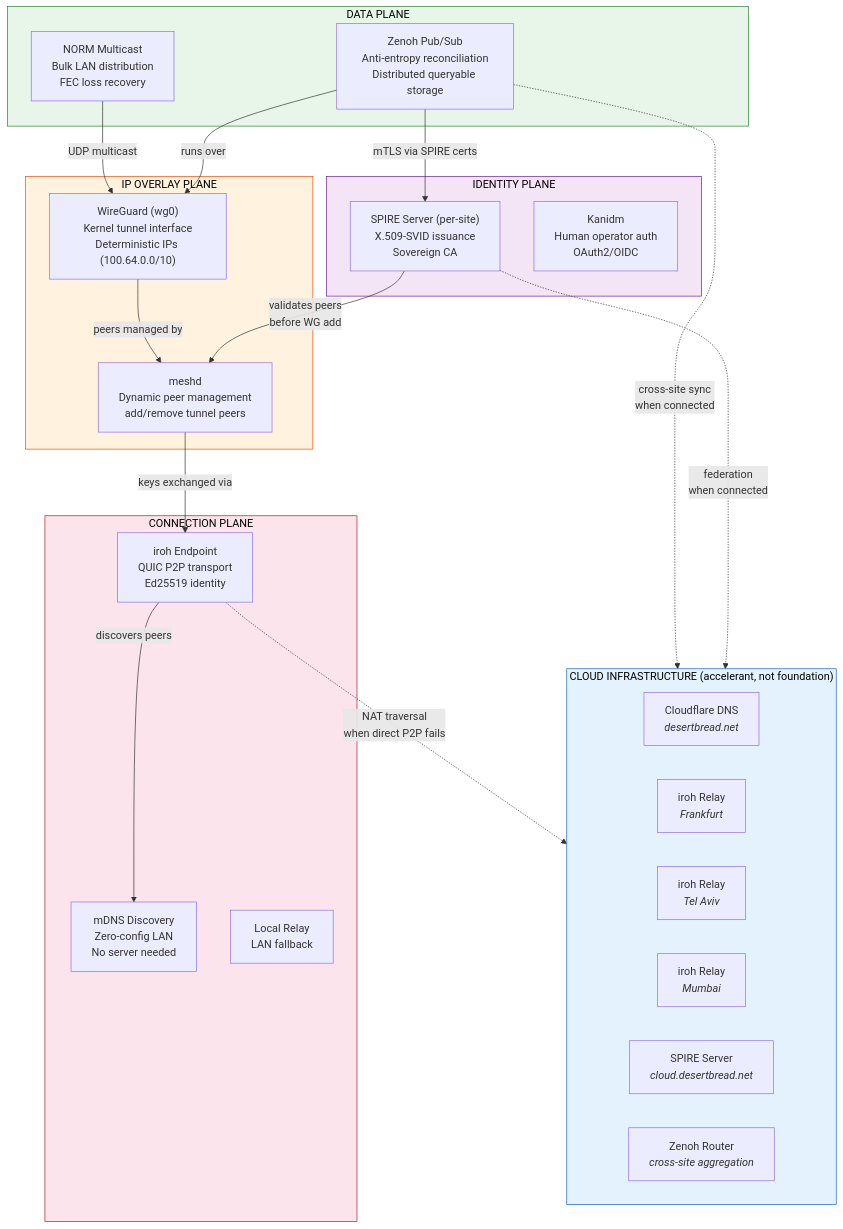
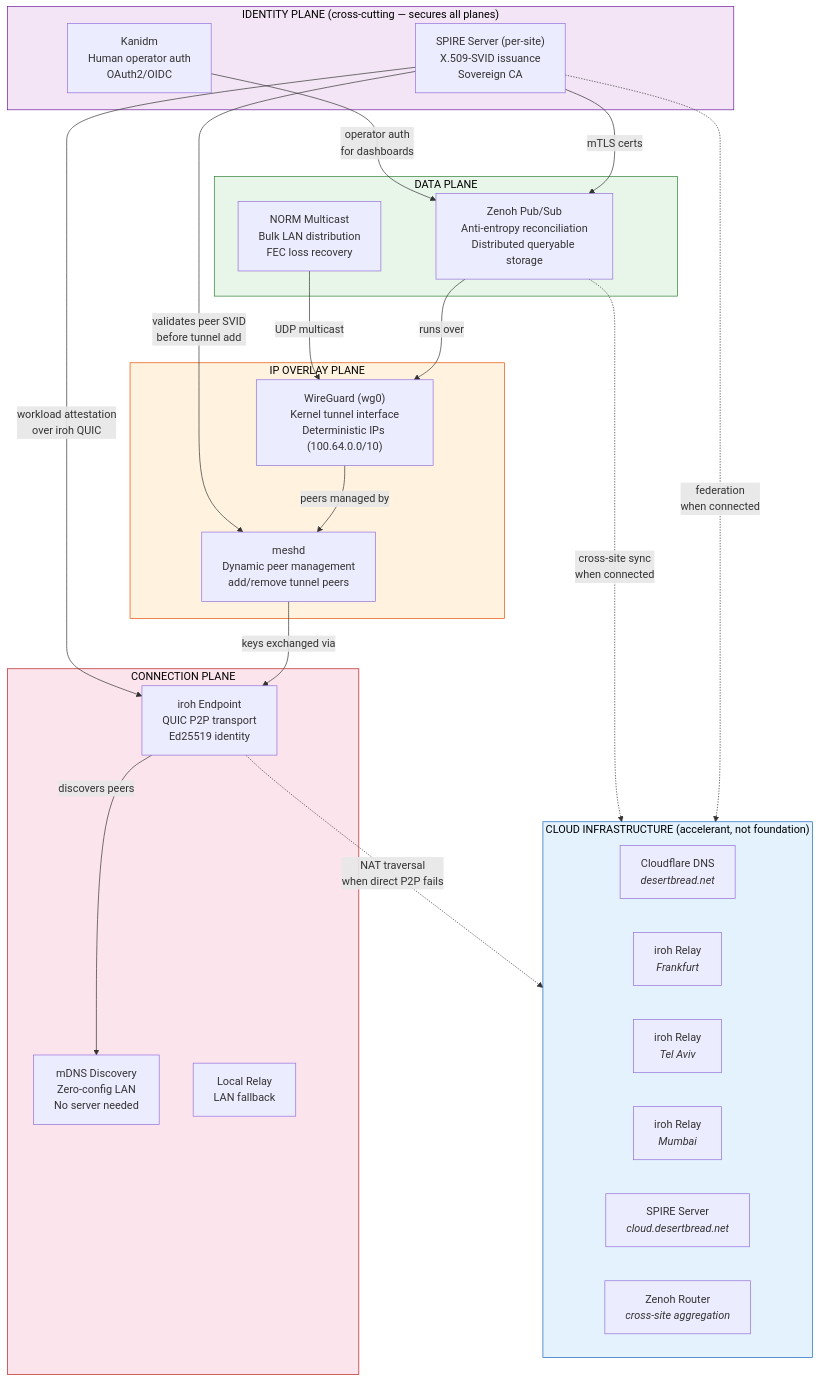
The first of 14 diagrams in docs/architecture-diagrams.md (dlf-dds/DesertBreadProto), drawn with Mermaid before and after one commit. The commit also changed 2 other files, not shown here.

Commit message:
Fix system overview: identity plane is cross-cutting, not Zenoh-only
Redesigned Mermaid diagram to show SPIRE connecting to all planes:
- mTLS certs for Zenoh (data plane)
- peer SVID validation for meshd/WG (overlay plane)
- workload attestation over iroh (connection plane)
- Kanidm operator auth for dashboards

Identity plane moved to bottom of diagram to visually reinforce that
it is a cross-cutting concern, not subordinate to any single plane.

Also added *.docx to gitignore alongside *.pdf.

````diff
--- a/docs/architecture-diagrams.md
+++ b/docs/architecture-diagrams.md
@@ -47,51 +47,54 @@
 ```mermaid
 graph TB
     subgraph CLOUD["CLOUD INFRASTRUCTURE (accelerant, not foundation)"]
         direction LR
         CF_DNS["Cloudflare DNS<br/><i>desertbread.net</i>"]
         RELAY_FRA["iroh Relay<br/><i>Frankfurt</i>"]
         RELAY_ISR["iroh Relay<br/><i>Tel Aviv</i>"]
         RELAY_MUM["iroh Relay<br/><i>Mumbai</i>"]
         SPIRE_CLOUD["SPIRE Server<br/><i>cloud.desertbread.net</i>"]
         ZENOH_CLOUD["Zenoh Router<br/><i>cross-site aggregation</i>"]
     end
 
     subgraph DATA["DATA PLANE"]
         ZENOH["Zenoh Pub/Sub<br/>Anti-entropy reconciliation<br/>Distributed queryable storage"]
         NORM["NORM Multicast<br/>Bulk LAN distribution<br/>FEC loss recovery"]
     end
 
-    subgraph IDENTITY["IDENTITY PLANE"]
-        SPIRE_SITE["SPIRE Server (per-site)<br/>X.509-SVID issuance<br/>Sovereign CA"]
-        KANIDM["Kanidm<br/>Human operator auth<br/>OAuth2/OIDC"]
-    end
-
     subgraph OVERLAY["IP OVERLAY PLANE"]
         WG["WireGuard (wg0)<br/>Kernel tunnel interface<br/>Deterministic IPs (100.64.0.0/10)"]
         MESHD_WG["meshd<br/>Dynamic peer management<br/>add/remove tunnel peers"]
     end
 
     subgraph CONNECTION["CONNECTION PLANE"]
         IROH["iroh Endpoint<br/>QUIC P2P transport<br/>Ed25519 identity"]
         MDNS["mDNS Discovery<br/>Zero-config LAN<br/>No server needed"]
         RELAY_LOCAL["Local Relay<br/>LAN fallback"]
     end
 
-    ZENOH -->|"mTLS via SPIRE certs"| SPIRE_SITE
+    subgraph IDENTITY["IDENTITY PLANE (cross-cutting — secures all planes)"]
+        SPIRE_SITE["SPIRE Server (per-site)<br/>X.509-SVID issuance<br/>Sovereign CA"]
+        KANIDM["Kanidm<br/>Human operator auth<br/>OAuth2/OIDC"]
+    end
+
     ZENOH -->|"runs over"| WG
     NORM -->|"UDP multicast"| WG
-    SPIRE_SITE -->|"validates peers<br/>before WG add"| MESHD_WG
     WG -->|"peers managed by"| MESHD_WG
     MESHD_WG -->|"keys exchanged via"| IROH
     IROH -->|"discovers peers"| MDNS
     IROH -.->|"NAT traversal<br/>when direct P2P fails"| RELAY_FRA
+
+    SPIRE_SITE -->|"mTLS certs"| ZENOH
+    SPIRE_SITE -->|"validates peer SVID<br/>before tunnel add"| MESHD_WG
+    SPIRE_SITE -->|"workload attestation<br/>over iroh QUIC"| IROH
+    KANIDM -->|"operator auth<br/>for dashboards"| ZENOH
 
     SPIRE_SITE -.->|"federation<br/>when connected"| SPIRE_CLOUD
     ZENOH -.->|"cross-site sync<br/>when connected"| ZENOH_CLOUD
 
     style CLOUD fill:#e3f2fd,stroke:#1565c0,color:#000
     style DATA fill:#e8f5e9,stroke:#2e7d32,color:#000
     style IDENTITY fill:#f3e5f5,stroke:#6a1b9a,color:#000
     style OVERLAY fill:#fff3e0,stroke:#e65100,color:#000
     style CONNECTION fill:#fce4ec,stroke:#b71c1c,color:#000
 ```
````
